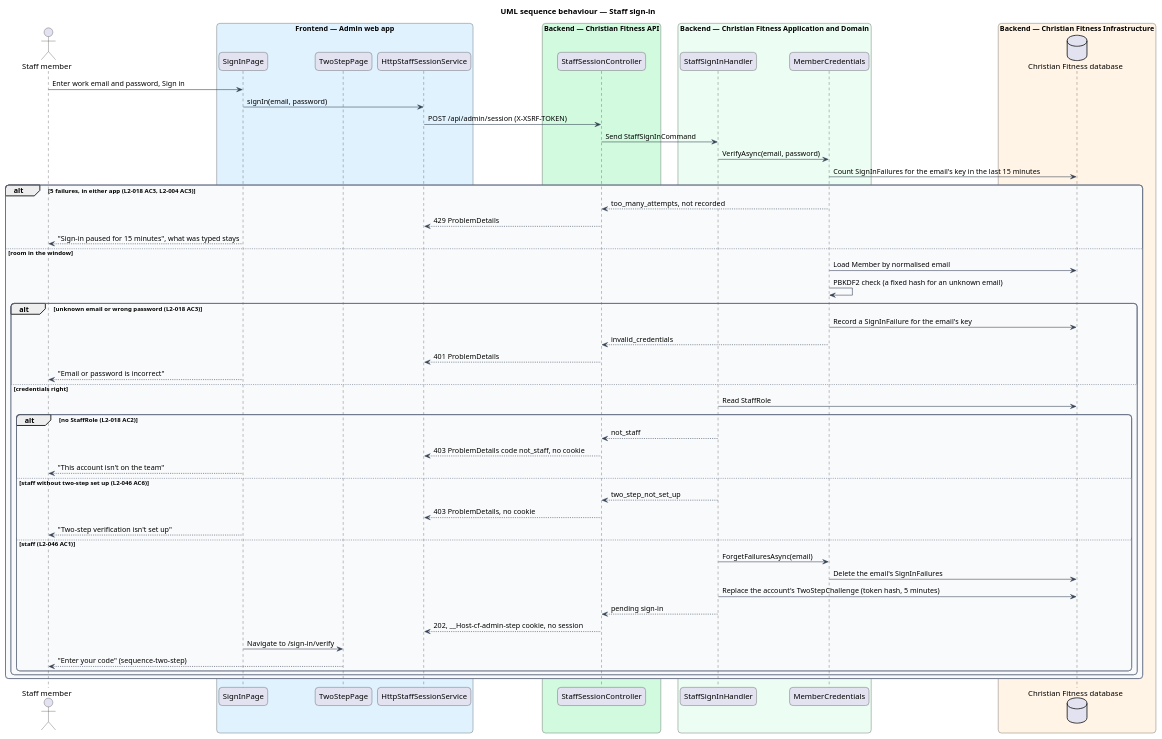
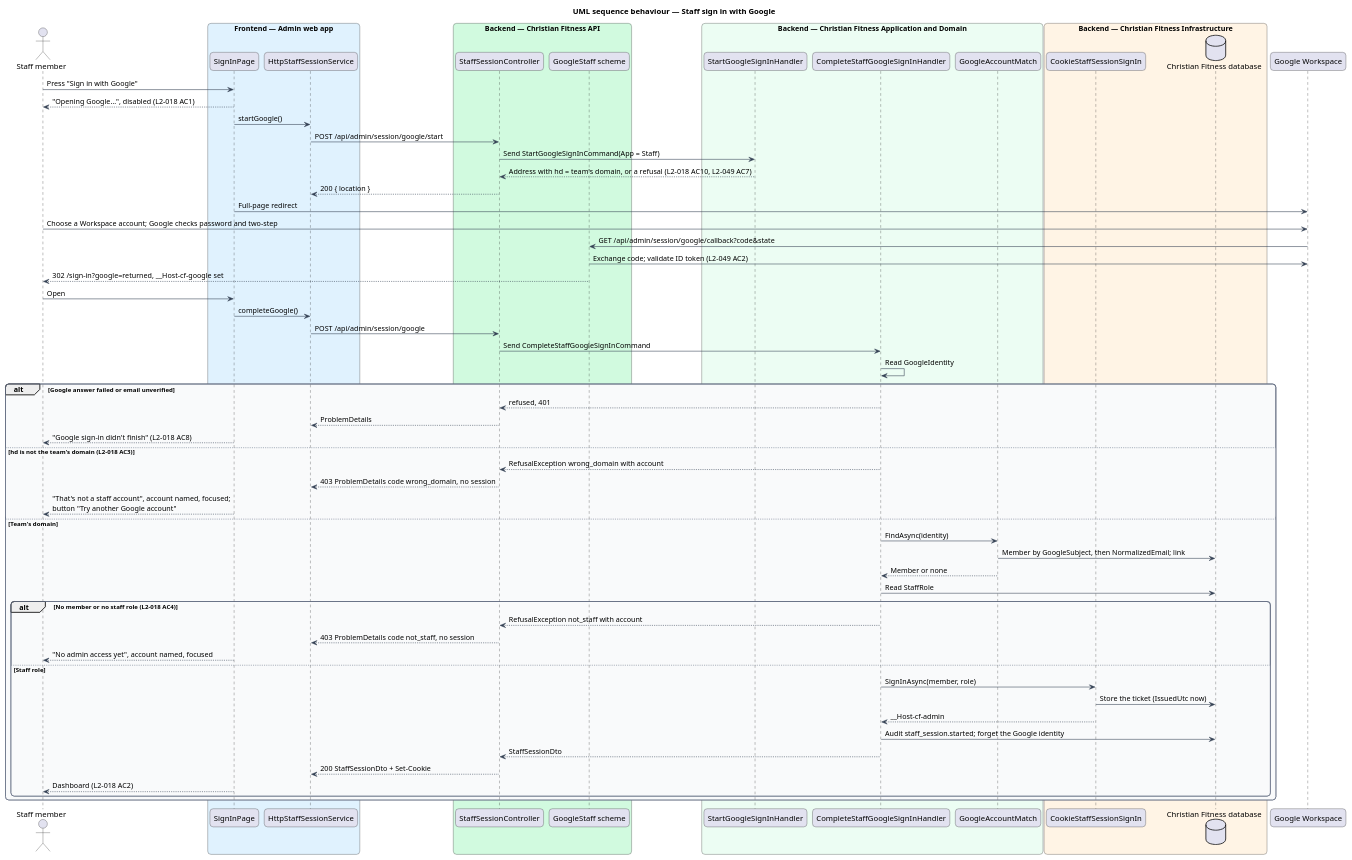
Before and after one commit to QuinntyneBrown/christian-fitness: the diagram in docs/detailed-designs/admin-access/admin-sign-in/diagrams/sequence-sign-in.puml, drawn with PlantUML. The commit also changed 66 other files, not shown here.

First line of the commit message:
Design Google sign-in and update the access designs

```diff
--- a/docs/detailed-designs/admin-access/admin-sign-in/diagrams/sequence-sign-in.puml
+++ b/docs/detailed-designs/admin-access/admin-sign-in/diagrams/sequence-sign-in.puml
@@ -1,72 +1,80 @@
 @startuml
-title UML sequence behaviour — Staff sign-in
+title UML sequence behaviour — Staff sign in with Google
 skinparam backgroundColor #FFFFFF
 skinparam shadowing false
 skinparam roundcorner 12
 skinparam defaultFontName Arial
 skinparam ArrowColor #344054
 skinparam rectangle {
   BorderColor #344054
   FontColor #101828
 }
 skinparam package {
   BorderColor #667085
   FontColor #101828
   BackgroundColor #F9FAFB
 }
 actor "Staff member" as actor
 box "Frontend — Admin web app" #E0F2FE
   participant "SignInPage" as page
-  participant "TwoStepPage" as step
   participant "HttpStaffSessionService" as client
 end box
 box "Backend — Christian Fitness API" #D1FADF
   participant "StaffSessionController" as ctrl
+  participant "GoogleStaff scheme" as oidc
 end box
 box "Backend — Christian Fitness Application and Domain" #ECFDF3
-  participant "StaffSignInHandler" as handler
-  participant "MemberCredentials" as creds
+  participant "StartGoogleSignInHandler" as start
+  participant "CompleteStaffGoogleSignInHandler" as h
+  participant "GoogleAccountMatch" as match
 end box
 box "Backend — Christian Fitness Infrastructure" #FFF4E5
+  participant "CookieStaffSessionSignIn" as sess
   database "Christian Fitness database" as db
 end box
-actor -> page : Enter work email and password, Sign in
-page -> client : signIn(email, password)
-client -> ctrl : POST /api/admin/session (X-XSRF-TOKEN)
-ctrl -> handler : Send StaffSignInCommand
-handler -> creds : VerifyAsync(email, password)
-creds -> db : Count SignInFailures for the email's key in the last 15 minutes
-alt 5 failures, in either app (L2-018 AC3, L2-004 AC3)
-  creds --> ctrl : too_many_attempts, not recorded
-  ctrl --> client : 429 ProblemDetails
-  page --> actor : "Sign-in paused for 15 minutes", what was typed stays
-else room in the window
-creds -> db : Load Member by normalised email
-creds -> creds : PBKDF2 check (a fixed hash for an unknown email)
-alt unknown email or wrong password (L2-018 AC3)
-  creds -> db : Record a SignInFailure for the email's key
-  creds --> ctrl : invalid_credentials
-  ctrl --> client : 401 ProblemDetails
-  page --> actor : "Email or password is incorrect"
-else credentials right
-  handler -> db : Read StaffRole
-  alt no StaffRole (L2-018 AC2)
-    handler --> ctrl : not_staff
-    ctrl --> client : 403 ProblemDetails code not_staff, no cookie
-    page --> actor : "This account isn't on the team"
-  else staff without two-step set up (L2-046 AC6)
-    handler --> ctrl : two_step_not_set_up
-    ctrl --> client : 403 ProblemDetails, no cookie
-    page --> actor : "Two-step verification isn't set up"
-  else staff (L2-046 AC1)
-    handler -> creds : ForgetFailuresAsync(email)
-    creds -> db : Delete the email's SignInFailures
-    handler -> db : Replace the account's TwoStepChallenge (token hash, 5 minutes)
-    handler --> ctrl : pending sign-in
-    ctrl --> client : 202, __Host-cf-admin-step cookie, no session
-    page -> step : Navigate to /sign-in/verify
-    step --> actor : "Enter your code" (sequence-two-step)
+participant "Google Workspace" as google
+actor -> page : Press "Sign in with Google"
+page --> actor : "Opening Google…", disabled (L2-018 AC1)
+page -> client : startGoogle()
+client -> ctrl : POST /api/admin/session/google/start
+ctrl -> start : Send StartGoogleSignInCommand(App = Staff)
+start --> ctrl : Address with hd = team's domain, or a refusal (L2-018 AC10, L2-049 AC7)
+ctrl --> client : 200 { location }
+page -> google : Full-page redirect
+actor -> google : Choose a Workspace account; Google checks password and two-step
+google -> oidc : GET /api/admin/session/google/callback?code&state
+oidc -> google : Exchange code; validate ID token (L2-049 AC2)
+oidc --> actor : 302 /sign-in?google=returned, __Host-cf-google set
+actor -> page : Open
+page -> client : completeGoogle()
+client -> ctrl : POST /api/admin/session/google
+ctrl -> h : Send CompleteStaffGoogleSignInCommand
+h -> h : Read GoogleIdentity
+alt Google answer failed or email unverified
+  h --> ctrl : refused, 401
+  ctrl --> client : ProblemDetails
+  page --> actor : "Google sign-in didn't finish" (L2-018 AC8)
+else hd is not the team's domain (L2-018 AC3)
+  h --> ctrl : RefusalException wrong_domain with account
+  ctrl --> client : 403 ProblemDetails code wrong_domain, no session
+  page --> actor : "That's not a staff account", account named, focused;\nbutton "Try another Google account"
+else Team's domain
+  h -> match : FindAsync(identity)
+  match -> db : Member by GoogleSubject, then NormalizedEmail; link
+  match --> h : Member or none
+  h -> db : Read StaffRole
+  alt No member or no staff role (L2-018 AC4)
+    h --> ctrl : RefusalException not_staff with account
+    ctrl --> client : 403 ProblemDetails code not_staff, no session
+    page --> actor : "No admin access yet", account named, focused
+  else Staff role
+    h -> sess : SignInAsync(member, role)
+    sess -> db : Store the ticket (IssuedUtc now)
+    sess --> h : __Host-cf-admin
+    h -> db : Audit staff_session.started; forget the Google identity
+    h --> ctrl : StaffSessionDto
+    ctrl --> client : 200 StaffSessionDto + Set-Cookie
+    page --> actor : Dashboard (L2-018 AC2)
   end
 end
-end
 @enduml
```
